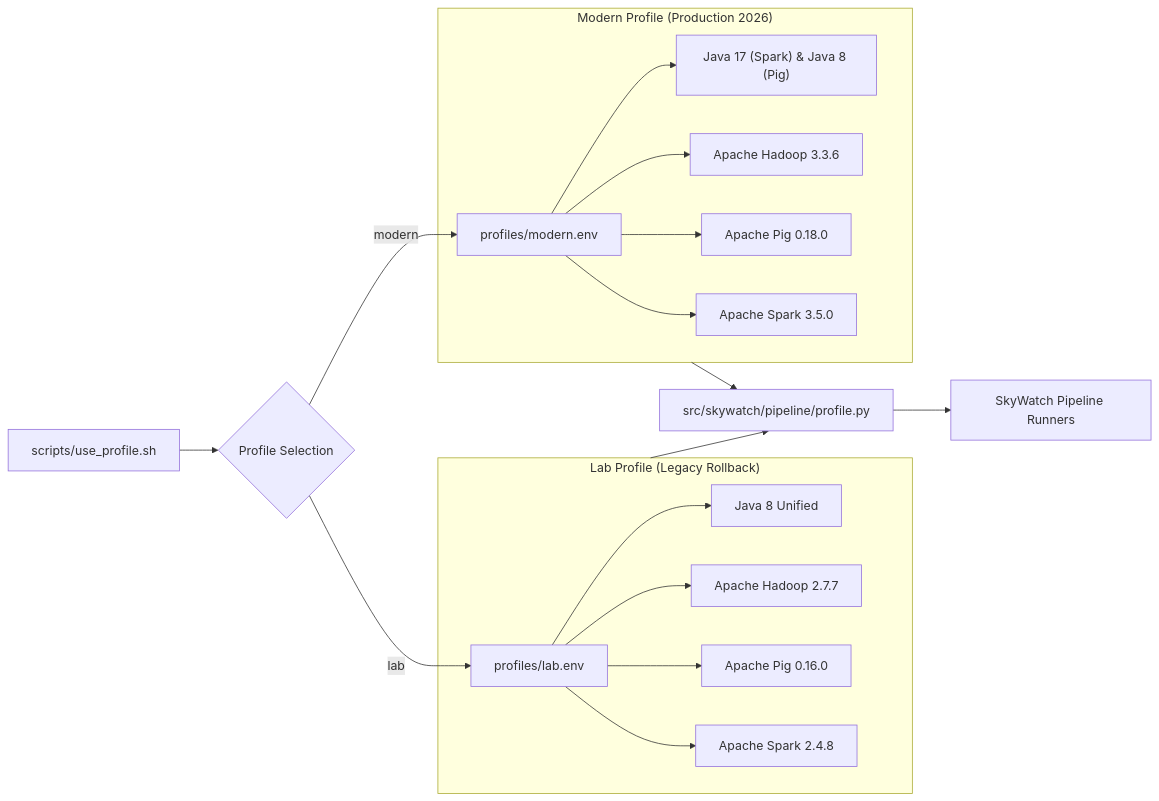
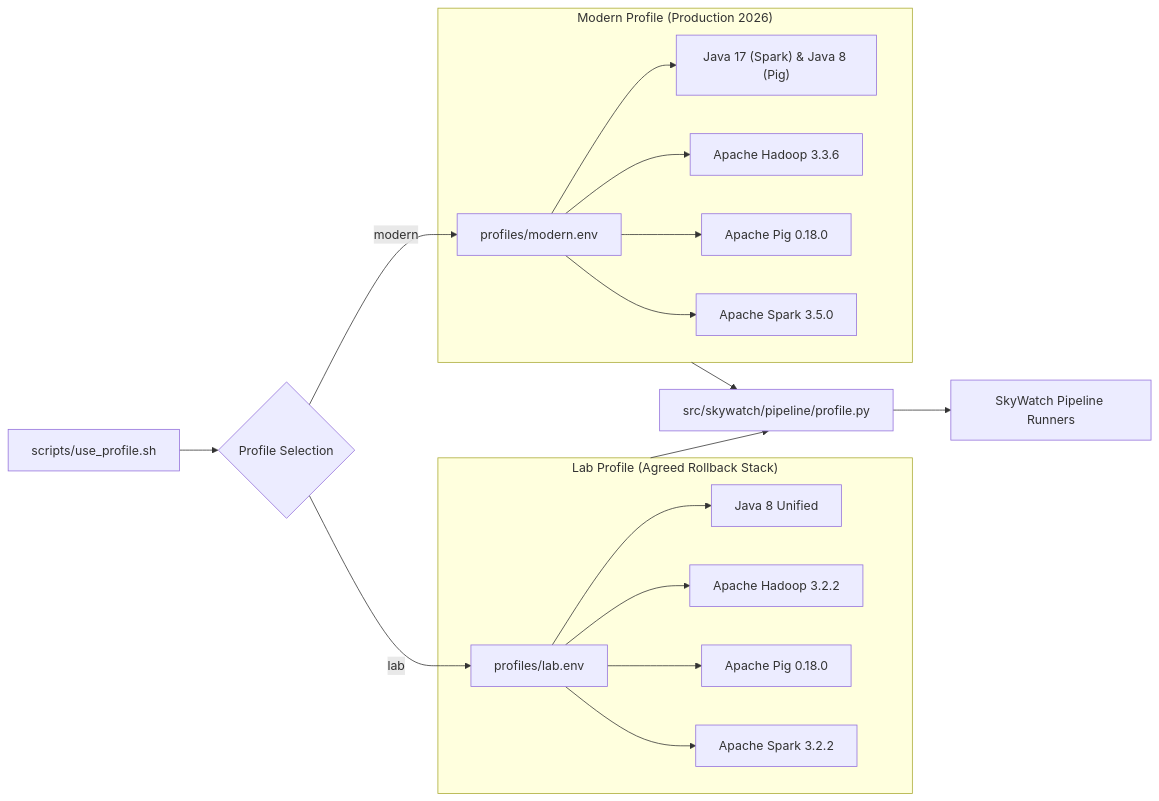
The second of 4 diagrams in README.md (sindhublava-2131/SkyWatch), drawn with Mermaid before and after one commit. The commit also changed other lines of this file and 16 other files, not shown here.

First line of the commit message:
fix(pipeline): align lab stack, enforce engine transparency, and report 100x benchmark

````diff
--- a/README.md
+++ b/README.md
@@ -87,24 +87,24 @@
 ```mermaid
 flowchart LR
     ProfileScript["scripts/use_profile.sh"] --> EnvChoice{"Profile Selection"}
     EnvChoice -->|"modern"| ModernEnv["profiles/modern.env"]
     EnvChoice -->|"lab"| LabEnv["profiles/lab.env"]
 
     subgraph ModernStack["Modern Profile (Production 2026)"]
         ModernEnv --> M_Java["Java 17 (Spark) & Java 8 (Pig)"]
         ModernEnv --> M_Hadoop["Apache Hadoop 3.3.6"]
         ModernEnv --> M_Pig["Apache Pig 0.18.0"]
         ModernEnv --> M_Spark["Apache Spark 3.5.0"]
     end
 
-    subgraph LabStack["Lab Profile (Legacy Rollback)"]
+    subgraph LabStack["Lab Profile (Agreed Rollback Stack)"]
         LabEnv --> L_Java["Java 8 Unified"]
-        LabEnv --> L_Hadoop["Apache Hadoop 2.7.7"]
-        LabEnv --> L_Pig["Apache Pig 0.16.0"]
-        LabEnv --> L_Spark["Apache Spark 2.4.8"]
+        LabEnv --> L_Hadoop["Apache Hadoop 3.2.2"]
+        LabEnv --> L_Pig["Apache Pig 0.18.0"]
+        LabEnv --> L_Spark["Apache Spark 3.2.2"]
     end
 
     ModernStack --> ProfileLoader["src/skywatch/pipeline/profile.py"]
     LabStack --> ProfileLoader
     ProfileLoader --> AppRuntime["SkyWatch Pipeline Runners"]
 ```
````
